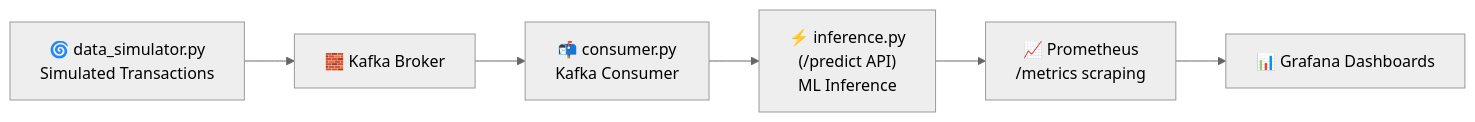
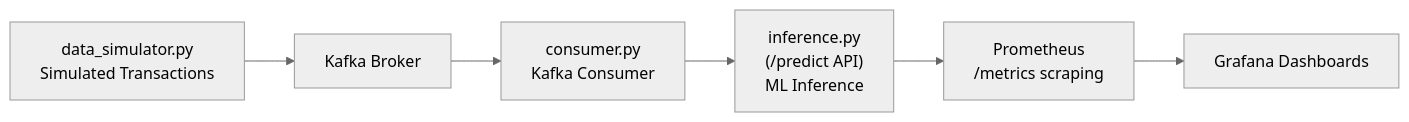
One commit to 1337kuzey/Real-Time-Fraud-Detection changed the diagram in README.md. Above: the diagram before and after it, drawn with Mermaid (neutral theme). The commit also changed other lines of this file, not shown here.

````diff
--- a/README.md
+++ b/README.md
@@ -21,15 +21,15 @@
 ```mermaid
 flowchart LR
-  Simulator["🌀 data_simulator.py<br>Simulated Transactions"]
-  Kafka["🧱 Kafka Broker"]
-  Consumer["📬 consumer.py<br>Kafka Consumer"]
-  FastAPI["⚡ inference.py<br>(/predict API)<br>ML Inference"]
-  Prometheus["📈 Prometheus<br>/metrics scraping"]
-  Grafana["📊 Grafana Dashboards"]
+  Simulator["data_simulator.py<br>Simulated Transactions"]
+  Kafka["Kafka Broker"]
+  Consumer["consumer.py<br>Kafka Consumer"]
+  FastAPI["inference.py<br>(/predict API)<br>ML Inference"]
+  Prometheus["Prometheus<br>/metrics scraping"]
+  Grafana["Grafana Dashboards"]
 
   Simulator --> Kafka
   Kafka --> Consumer
   Consumer --> FastAPI
   FastAPI --> Prometheus
   Prometheus --> Grafana
 ```
````
